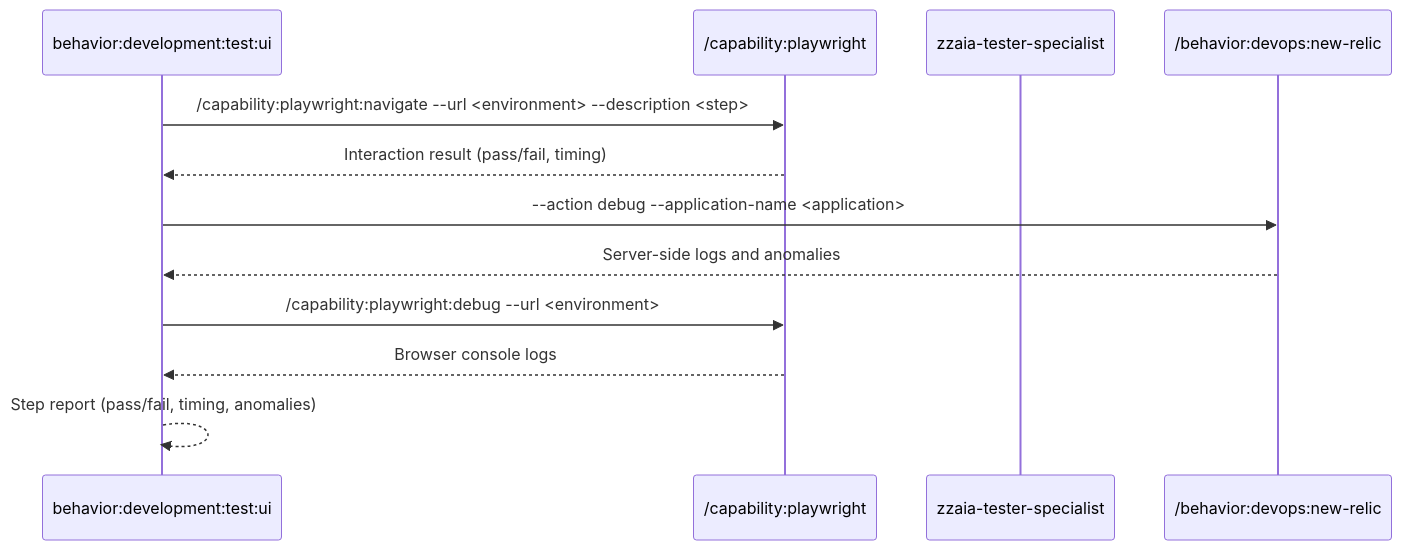
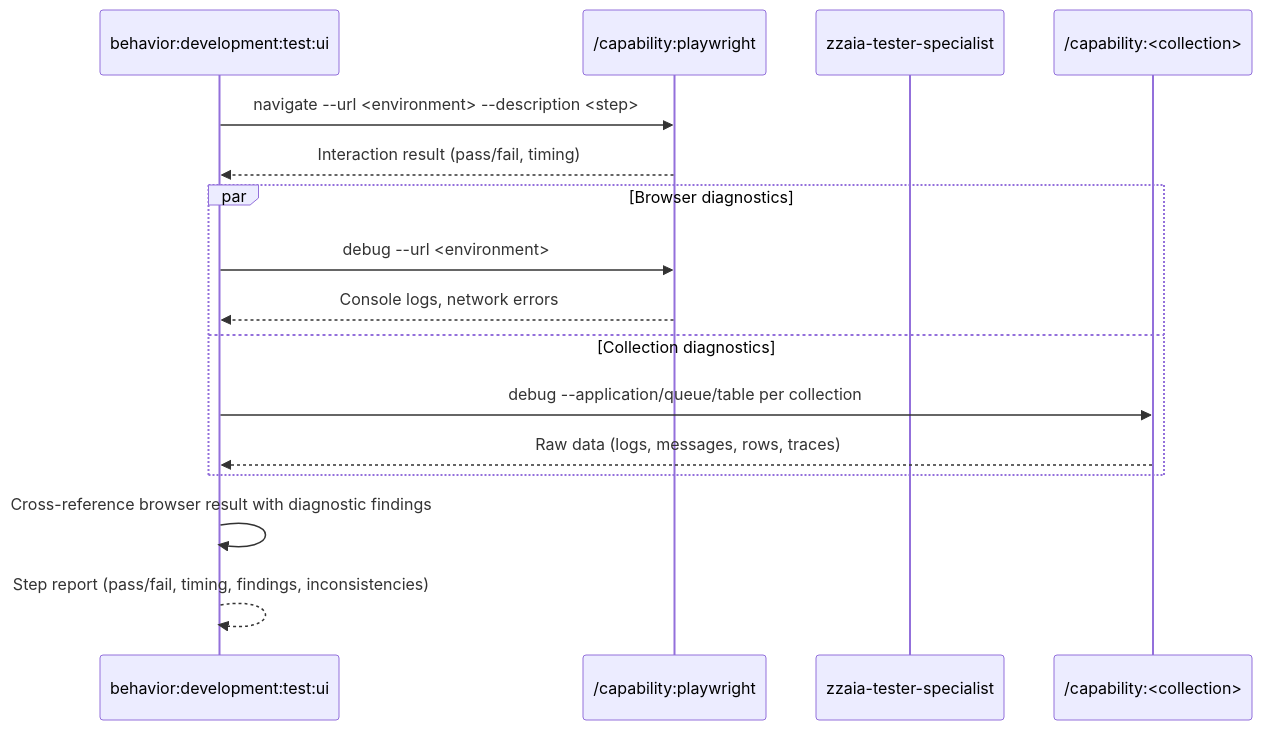
The diagram in .claude/commands/behavior/development/test/ui/SKILL.md (zzaia/zzaia-agentic-workspace), drawn with Mermaid before and after one commit. The commit also changed other lines of this file and 21 other files, not shown here.

````diff
--- a/.claude/commands/behavior/development/test/ui/SKILL.md
+++ b/.claude/commands/behavior/development/test/ui/SKILL.md
@@ -56,15 +71,19 @@
 ```mermaid
 sequenceDiagram
     participant C as behavior:development:test:ui
     participant PW as /capability:playwright
     participant TS as zzaia-tester-specialist
-    participant NR as /behavior:devops:new-relic
+    participant SRC as /capability:<collection>
 
-    C->>PW: /capability:playwright:navigate --url <environment> --description <step>
+    C->>PW: navigate --url <environment> --description <step>
     PW-->>C: Interaction result (pass/fail, timing)
-    C->>NR: --action debug --application-name <application>
-    NR-->>C: Server-side logs and anomalies
-    C->>PW: /capability:playwright:debug --url <environment>
-    PW-->>C: Browser console logs
-    C-->>C: Step report (pass/fail, timing, anomalies)
+    par Browser diagnostics
+        C->>PW: debug --url <environment>
+        PW-->>C: Console logs, network errors
+    and Collection diagnostics
+        C->>SRC: debug --application/queue/table per collection
+        SRC-->>C: Raw data (logs, messages, rows, traces)
+    end
+    C->>C: Cross-reference browser result with diagnostic findings
+    C-->>C: Step report (pass/fail, timing, findings, inconsistencies)
 ```
````
